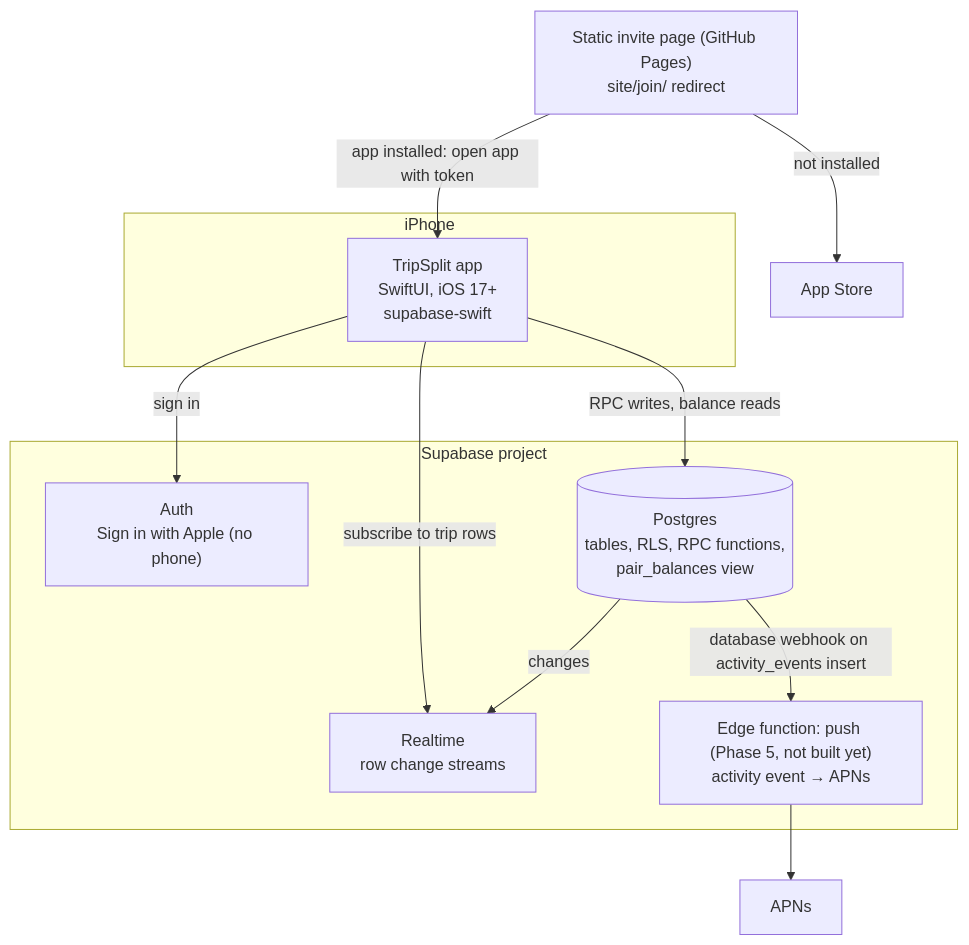
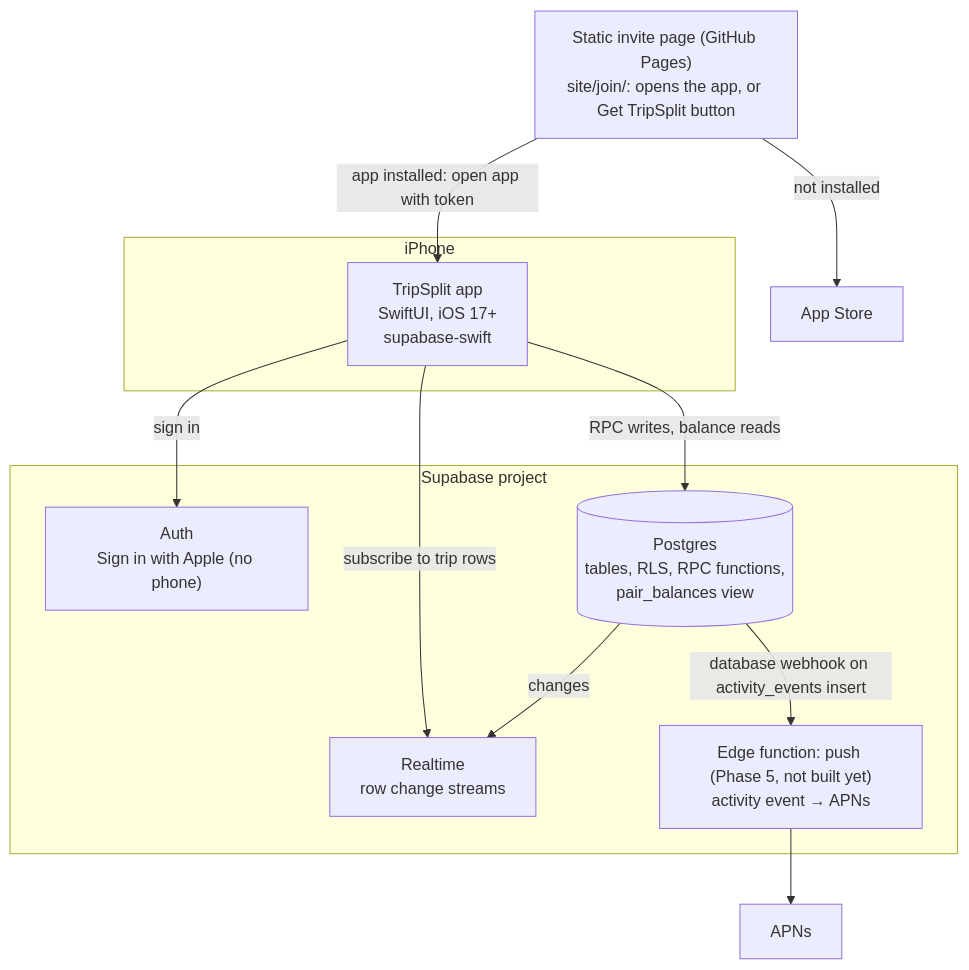
The second of 2 diagrams in docs/architecture.md (taytayrad/tripsplit-ios), drawn with Mermaid before and after one commit. The commit also changed 3 other files, not shown here.

Commit message:
Address review: trigger-function grants, invite-page label, trip-photos bucket and anon wording, PRD Decisions invite page

````diff
--- a/docs/architecture.md
+++ b/docs/architecture.md
@@ -32,27 +32,27 @@
 ```mermaid
 flowchart TB
     subgraph device["iPhone"]
         app["TripSplit app<br/>SwiftUI, iOS 17+<br/>supabase-swift"]
     end
 
     subgraph supa["Supabase project"]
         auth["Auth<br/>Sign in with Apple (no phone)"]
         db[("Postgres<br/>tables, RLS, RPC functions,<br/>pair_balances view")]
         rt["Realtime<br/>row change streams"]
         fnPush["Edge function: push (Phase 5, not built yet)<br/>activity event → APNs"]
     end
 
-    invitePage["Static invite page (GitHub Pages)<br/>site/join/ redirect"]
+    invitePage["Static invite page (GitHub Pages)<br/>site/join/: opens the app, or Get TripSplit button"]
 
     apns["APNs"]
     store["App Store"]
 
     app -- "sign in" --> auth
     app -- "RPC writes, balance reads" --> db
     app -- "subscribe to trip rows" --> rt
     db -- "changes" --> rt
     db -- "database webhook on activity_events insert" --> fnPush
     fnPush --> apns
     invitePage -- "app installed: open app with token" --> app
     invitePage -- "not installed" --> store
 ```
````
